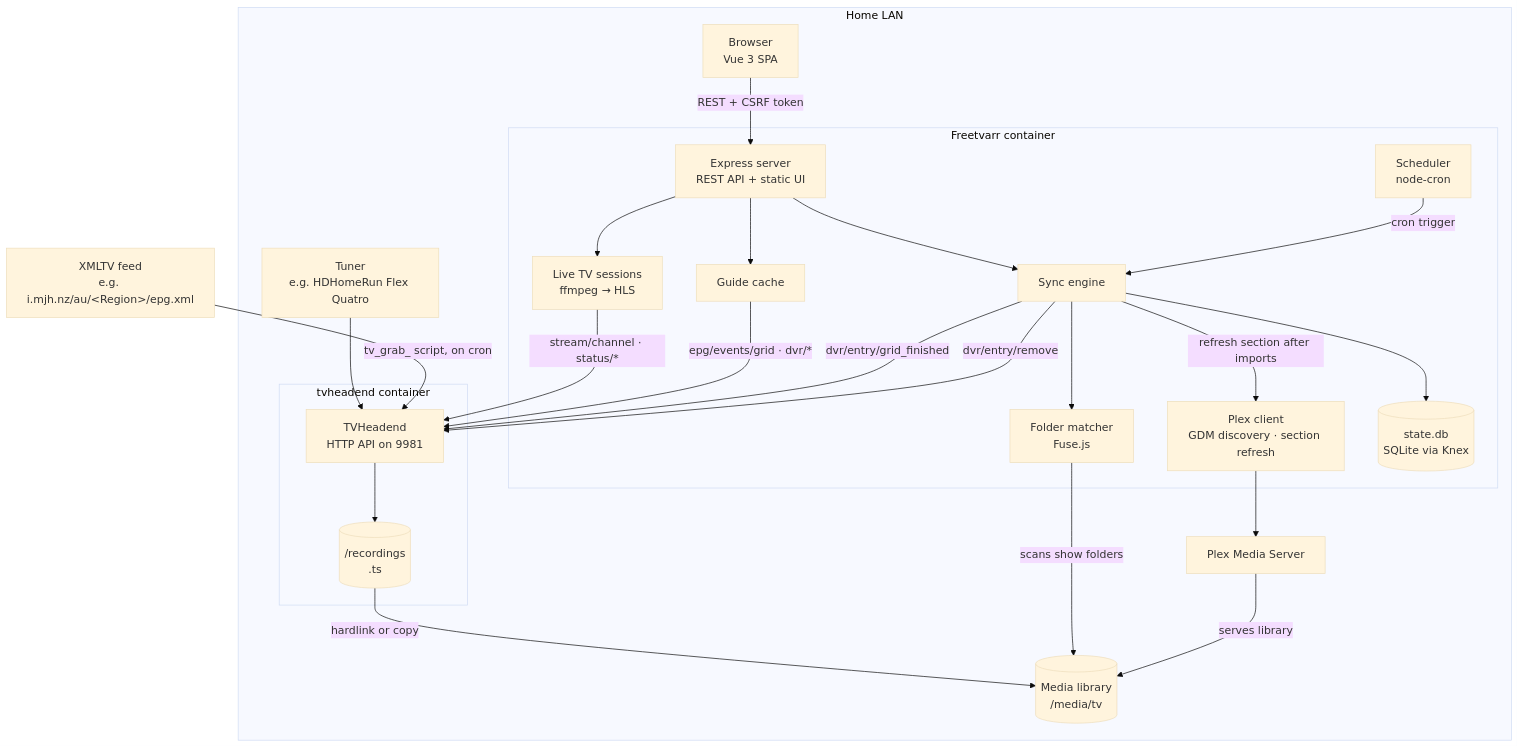
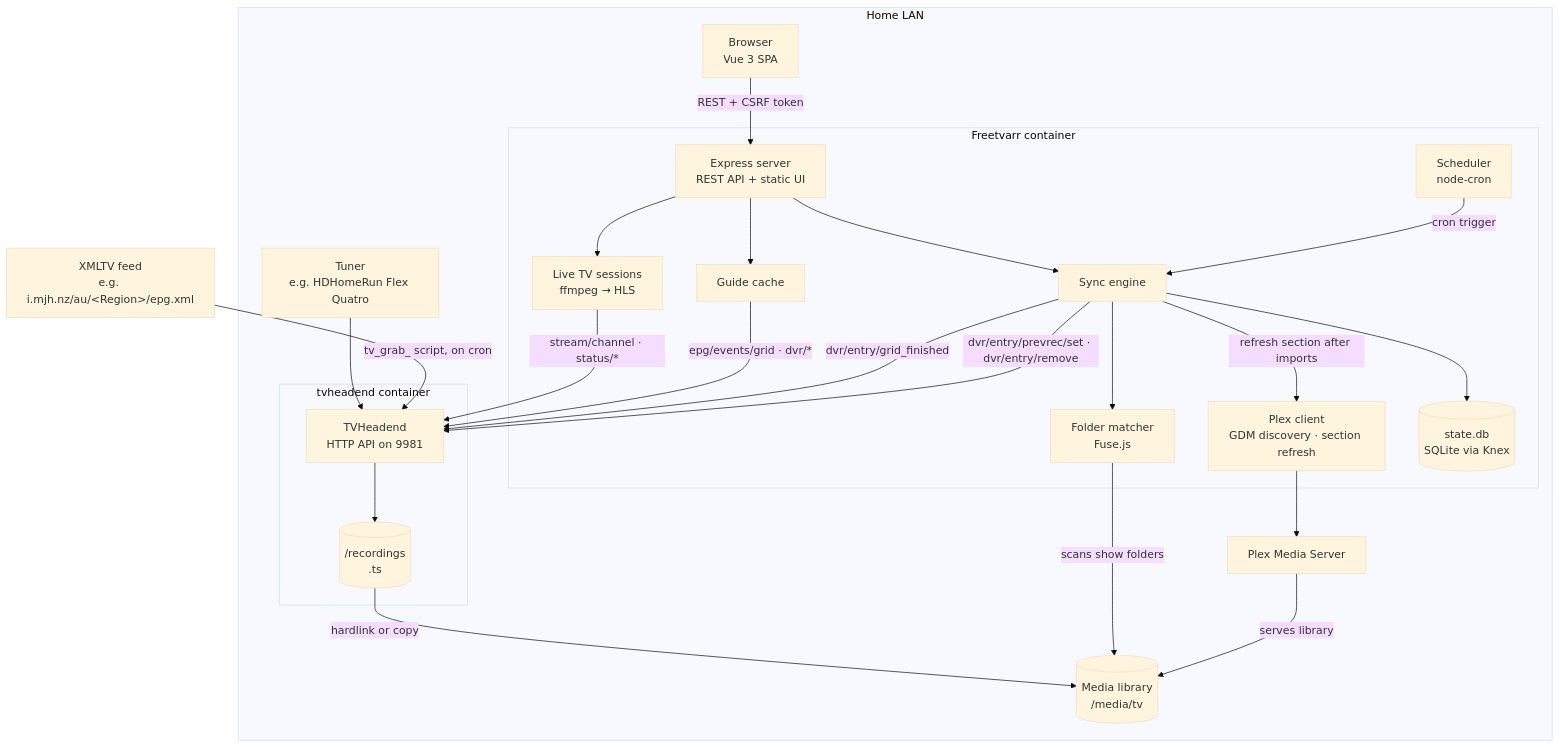
Before and after one commit to furey/freetvarr: the first of 3 diagrams in docs/DEEP_DIVE.md, drawn with Mermaid (base theme). The commit also changed other lines of this file and 16 other files, not shown here.

````diff
--- a/docs/DEEP_DIVE.md
+++ b/docs/DEEP_DIVE.md
@@ -28,49 +29,49 @@
 ```mermaid
 flowchart TB
   subgraph lan["Home LAN"]
     hdhr["Tuner<br>e.g. HDHomeRun Flex Quatro"]
 
     subgraph tvh["tvheadend container"]
       tvhsrv["TVHeadend<br>HTTP API on 9981"]
       rec[("/recordings<br>.ts")]
     end
 
     plex["Plex Media Server"]
     browser["Browser<br>Vue 3 SPA"]
 
     subgraph app["Freetvarr container"]
       server["Express server<br>REST API + static UI"]
       sched["Scheduler<br>node-cron"]
       sync["Sync engine"]
       epg["Guide cache"]
       live["Live TV sessions<br>ffmpeg → HLS"]
       matcher["Folder matcher<br>Fuse.js"]
       plexclient["Plex client<br>GDM discovery · section refresh"]
       db[("state.db<br>SQLite via Knex")]
     end
 
     media[("Media library<br>/media/tv")]
   end
 
   xmltv["XMLTV feed<br>e.g. i.mjh.nz/au/&lt;Region&gt;/epg.xml"]
 
   hdhr --> tvhsrv
   xmltv -->|"tv_grab_ script, on cron"| tvhsrv
   tvhsrv --> rec
   browser -->|"REST + CSRF token"| server
   server --> sync
   server --> epg
   server --> live
   live -->|"stream/channel · status/*"| tvhsrv
   sched -->|"cron trigger"| sync
   epg -->|"epg/events/grid · dvr/*"| tvhsrv
   sync -->|"dvr/entry/grid_finished"| tvhsrv
   sync --> db
   rec -->|"hardlink or copy"| media
   sync --> matcher
   matcher -->|"scans show folders"| media
   sync -->|"refresh section after imports"| plexclient
   plexclient --> plex
   plex -->|"serves library"| media
-  sync -->|"dvr/entry/remove"| tvhsrv
+  sync -->|"dvr/entry/prevrec/set · dvr/entry/remove"| tvhsrv
 ```
````
